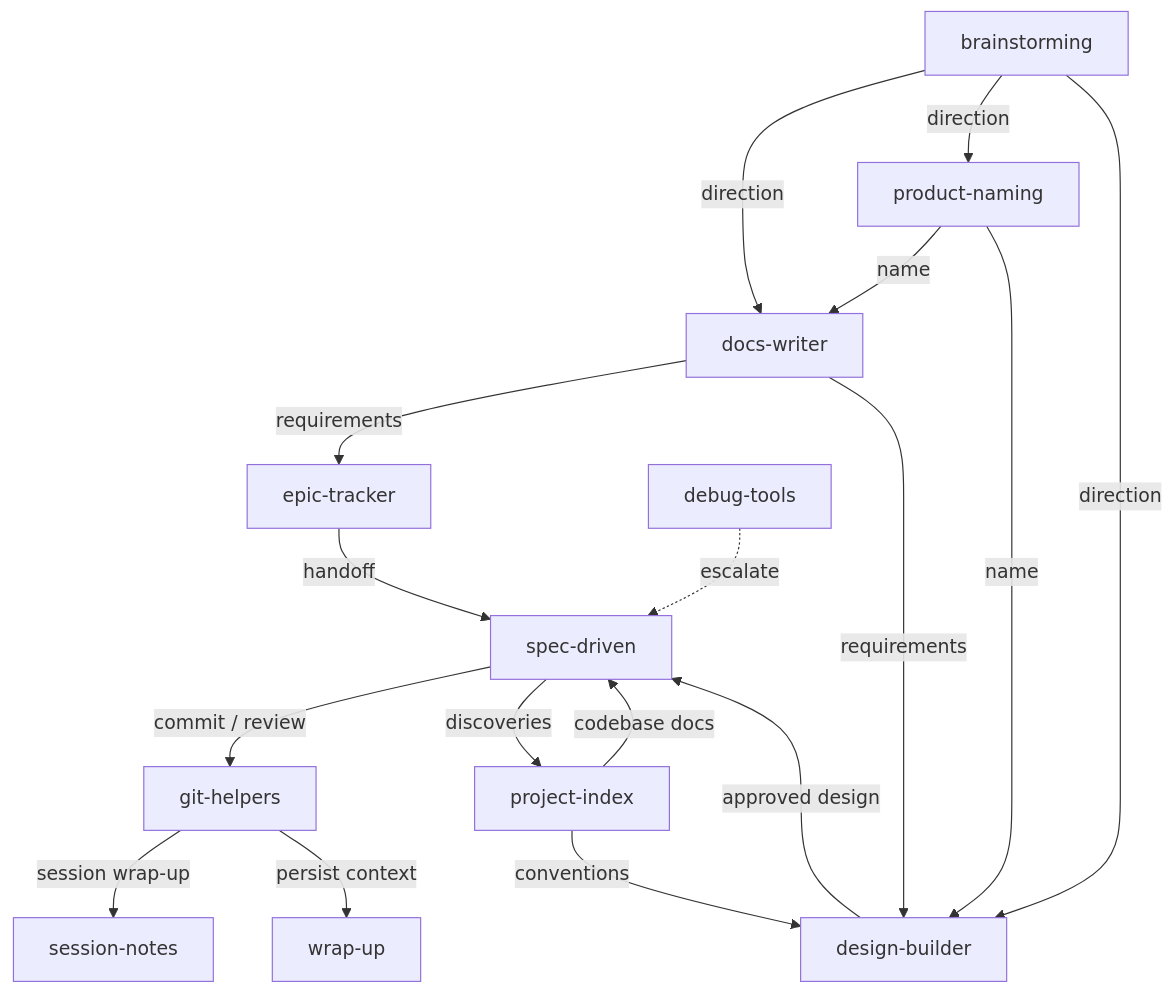
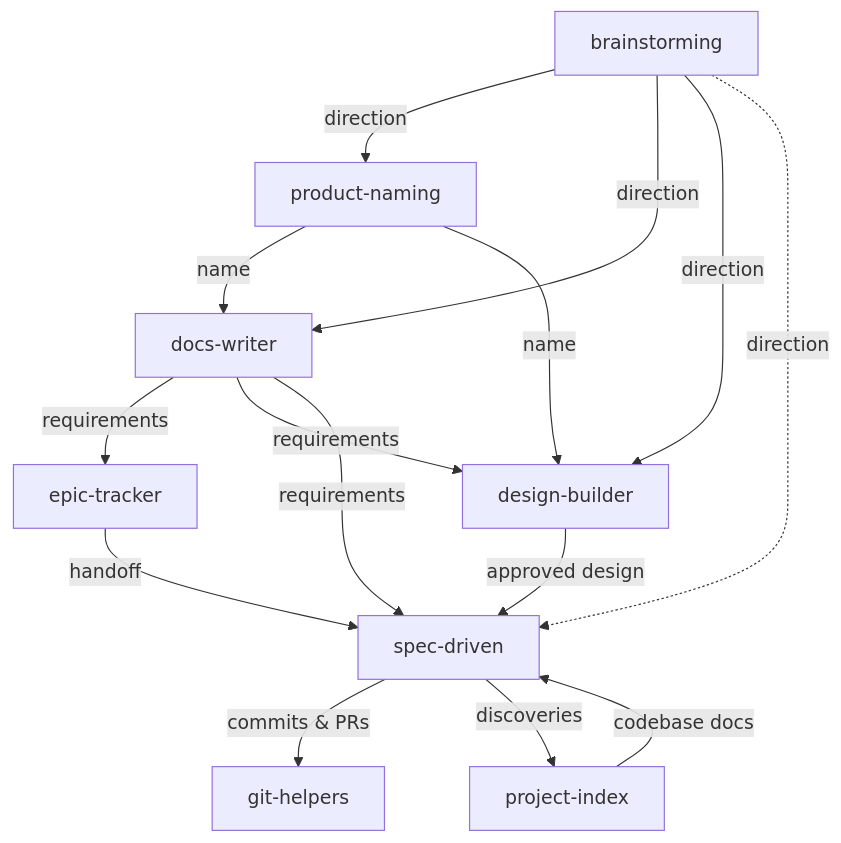
Before and after one commit to adeonir/agent-skills: the diagram in README.md, drawn with Mermaid. The commit also changed other lines of this file, not shown here.

First line of the commit message:
docs: fix skill connections and restructure flow sections

````diff
--- a/README.md
+++ b/README.md
@@ -37,19 +37,17 @@
 ```mermaid
 flowchart TD
-    BR[brainstorming] -->|direction| DW[docs-writer]
-    BR -->|direction| PN[product-naming]
+    BR[brainstorming] -->|direction| PN[product-naming]
+    BR -->|direction| DW[docs-writer]
     BR -->|direction| DB[design-builder]
+    BR -.->|direction| SD[spec-driven]
     PN -->|name| DW
     PN -->|name| DB
     DW -->|requirements| ET[epic-tracker]
-    DW -->|requirements| DB[design-builder]
-    ET -->|handoff| SD[spec-driven]
+    DW -->|requirements| DB
+    DW -->|requirements| SD
+    ET -->|handoff| SD
     PI[project-index] -->|codebase docs| SD
-    PI -->|conventions| DB
     DB -->|approved design| SD
-    SD -->|commit / review| GH[git-helpers]
+    SD -->|commits & PRs| GH[git-helpers]
     SD -->|discoveries| PI
-    GH -->|session wrap-up| SN[session-notes]
-    GH -->|persist context| WU[wrap-up]
-    DT[debug-tools] -.->|escalate| SD
 ```
````
